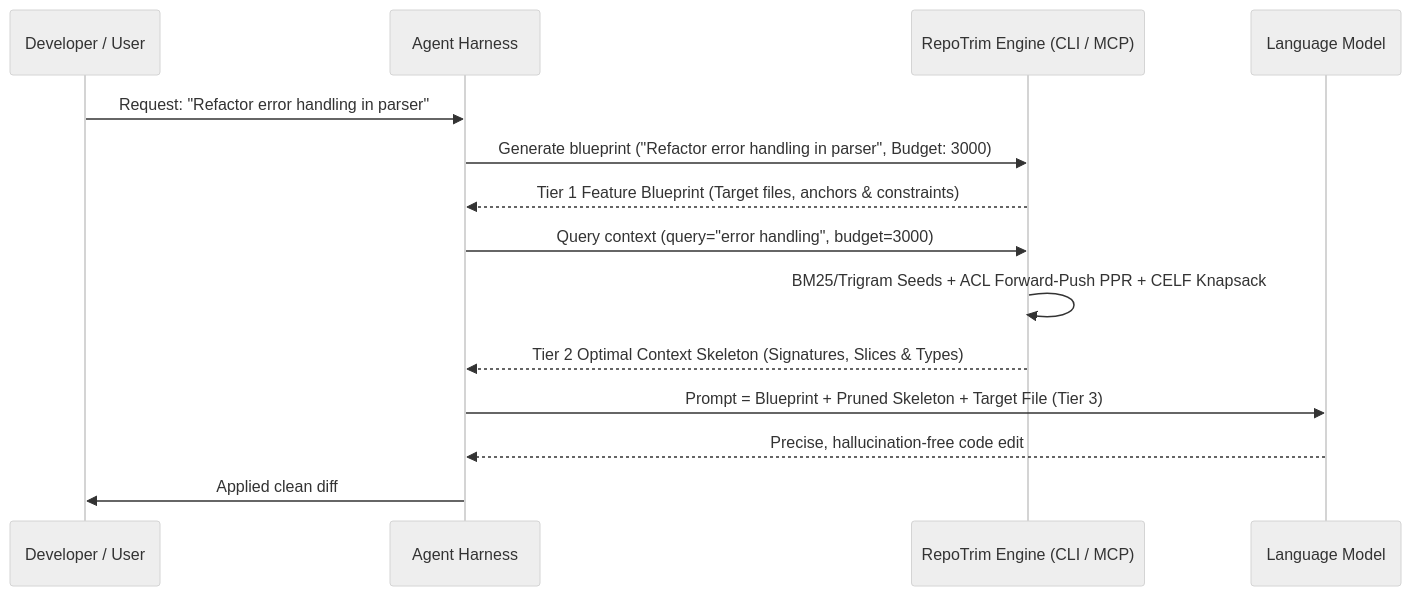
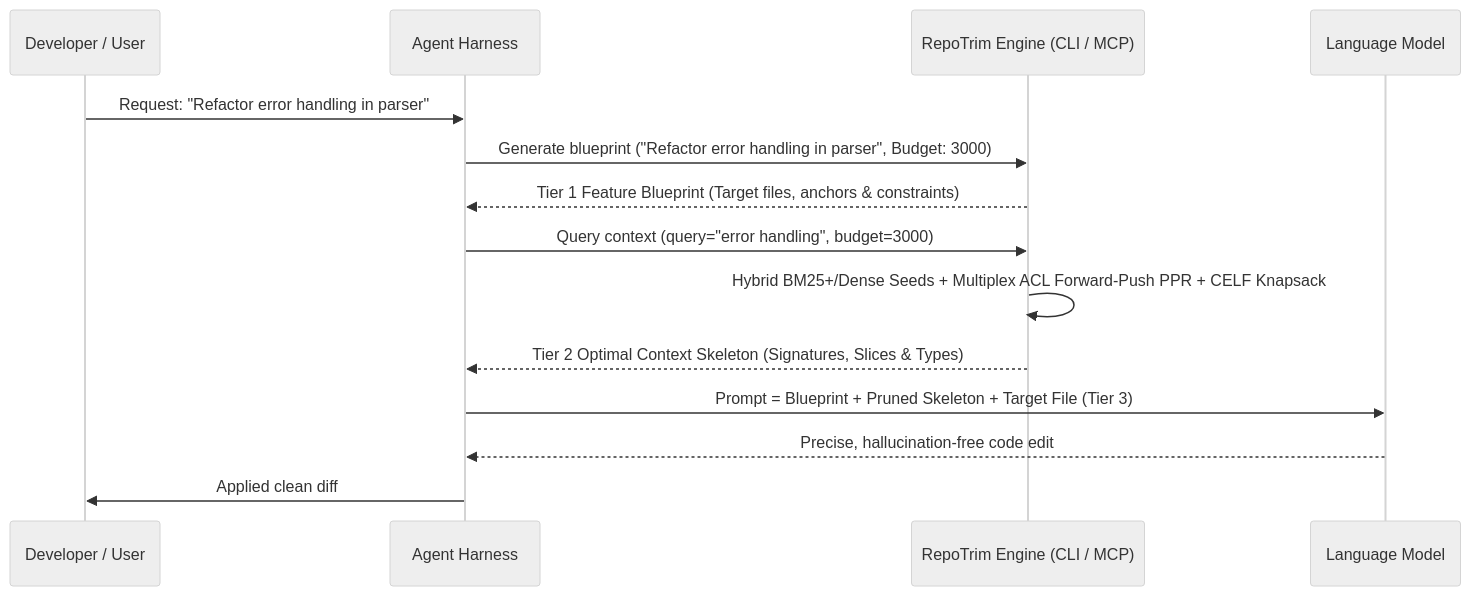
The diagram in docs/harness/OVERVIEW.md (MatinBodaghi/repotrim), drawn with Mermaid (neutral theme) before and after one commit. The commit also changed other lines of this file and 5 other files, not shown here.

````diff
--- a/docs/harness/OVERVIEW.md
+++ b/docs/harness/OVERVIEW.md
@@ -21,17 +22,17 @@
 ```mermaid
 sequenceDiagram
     participant User as Developer / User
     participant Harness as Agent Harness
     participant RT as RepoTrim Engine (CLI / MCP)
     participant LLM as Language Model
 
     User->>Harness: Request: "Refactor error handling in parser"
     Harness->>RT: Generate blueprint ("Refactor error handling in parser", Budget: 3000)
     RT-->>Harness: Tier 1 Feature Blueprint (Target files, anchors & constraints)
     Harness->>RT: Query context (query="error handling", budget=3000)
-    RT->>RT: BM25/Trigram Seeds + ACL Forward-Push PPR + CELF Knapsack
+    RT->>RT: Hybrid BM25+/Dense Seeds + Multiplex ACL Forward-Push PPR + CELF Knapsack
     RT-->>Harness: Tier 2 Optimal Context Skeleton (Signatures, Slices & Types)
     Harness->>LLM: Prompt = Blueprint + Pruned Skeleton + Target File (Tier 3)
     LLM-->>Harness: Precise, hallucination-free code edit
     Harness->>User: Applied clean diff
 ```
````
